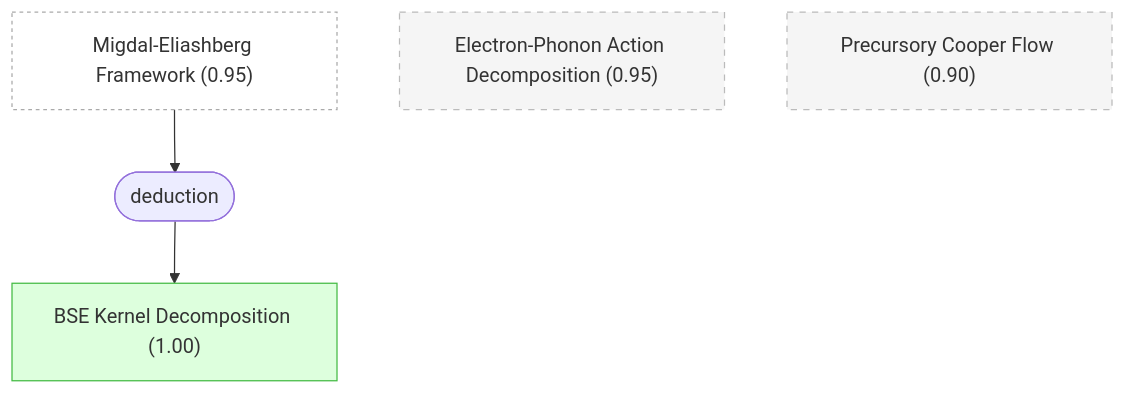
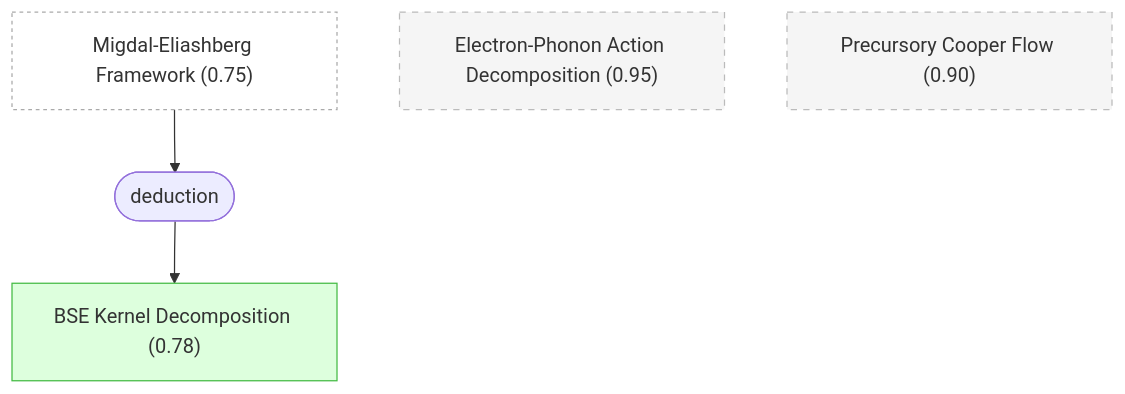
Before and after one commit to kunyuan/SuperconductivityElectronLiquids.gaia: the second of 6 diagrams in docs/detailed-reasoning.md, drawn with Mermaid. The commit also changed other lines of this file and 24 other files, not shown here.

````diff
--- a/docs/detailed-reasoning.md
+++ b/docs/detailed-reasoning.md
@@ -195,20 +195,20 @@
 ```mermaid
 graph TD
-    me_framework["Migdal-Eliashberg Framework (0.95)"]:::external
+    me_framework["Migdal-Eliashberg Framework (0.75)"]:::external
     electron_phonon_action["Electron-Phonon Action Decomposition (0.95)"]:::background
-    bse_kernel_decomposition["BSE Kernel Decomposition (1.00)"]:::derived
+    bse_kernel_decomposition["BSE Kernel Decomposition (0.78)"]:::derived
     precursory_cooper_flow["Precursory Cooper Flow (0.90)"]:::background
     strat_1(["deduction"])
     me_framework --> strat_1
     strat_1 --> bse_kernel_decomposition
 
     classDef setting fill:#f0f0f0,stroke:#999,color:#333
     classDef premise fill:#ddeeff,stroke:#4488bb,color:#333
     classDef derived fill:#ddffdd,stroke:#44bb44,color:#333
     classDef question fill:#fff3dd,stroke:#cc9944,color:#333
     classDef background fill:#f5f5f5,stroke:#bbb,stroke-dasharray: 5 5,color:#333
     classDef orphan fill:#fff,stroke:#ccc,stroke-dasharray: 5 5,color:#333
     classDef external fill:#fff,stroke:#aaa,stroke-dasharray: 3 3,color:#333
     classDef weak fill:#fff9c4,stroke:#f9a825,stroke-dasharray: 5 5,color:#333
     classDef contra fill:#ffebee,stroke:#c62828,color:#333
 ```
````
